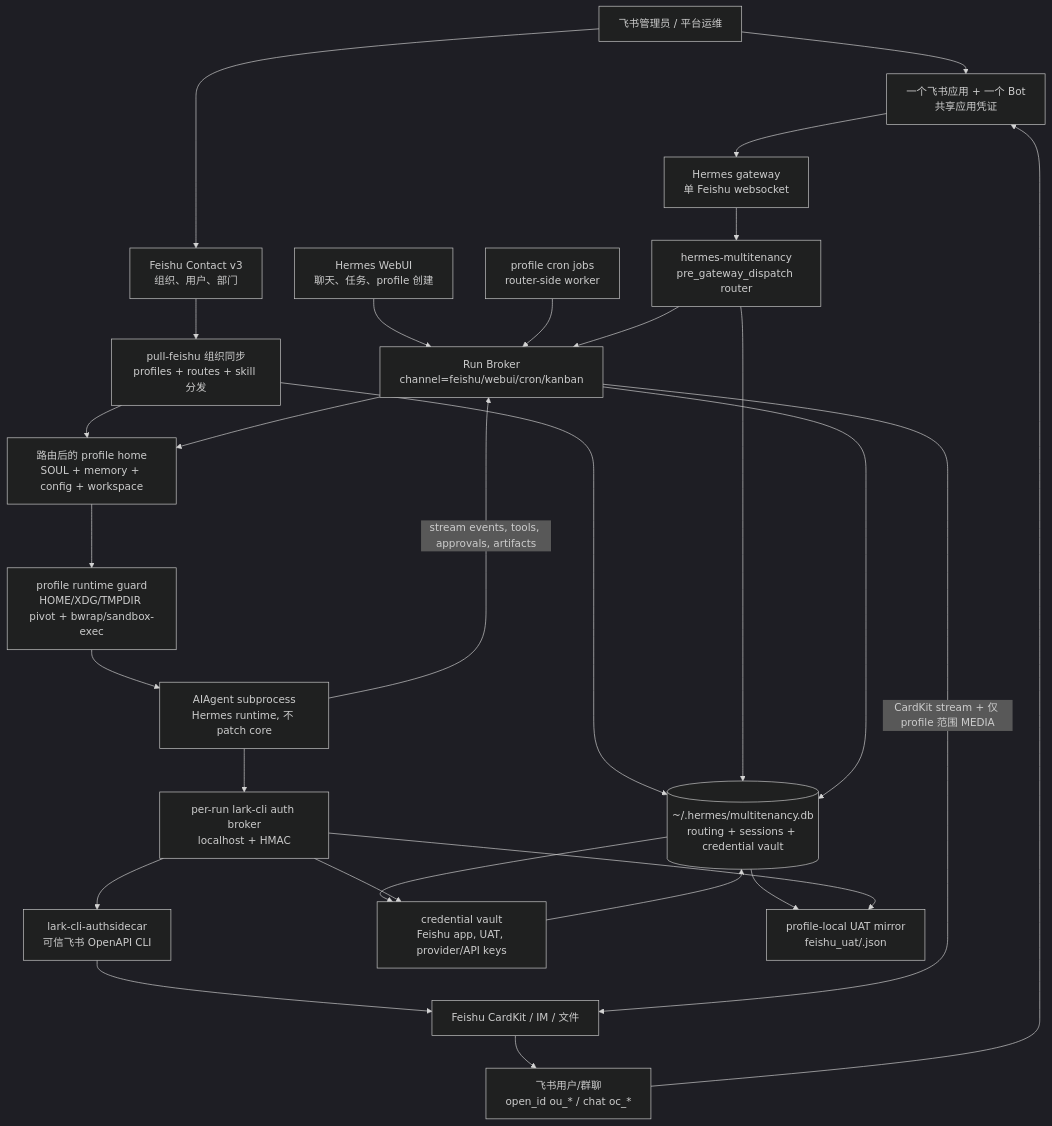
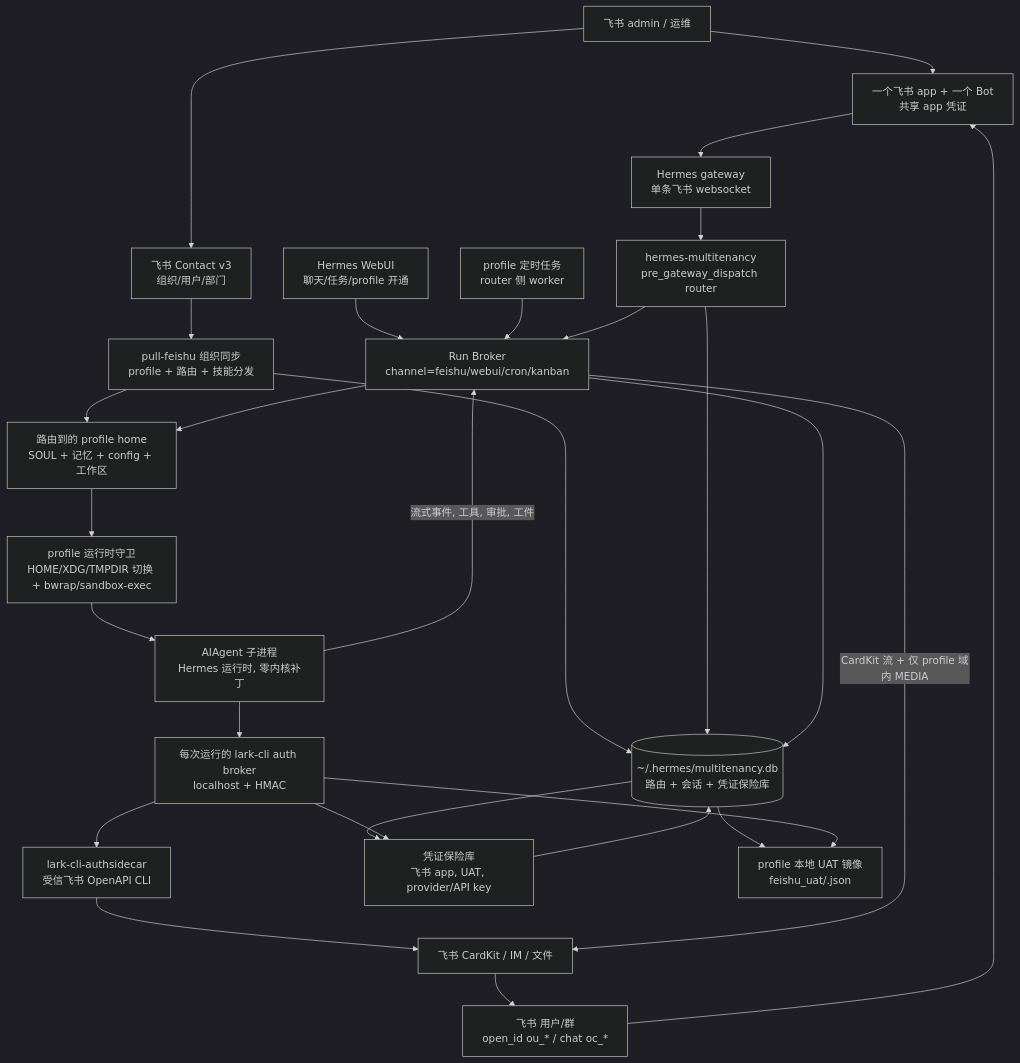
Before and after one commit to eggyrooch-blip/hermes-multitenancy: the diagram in README.zh-CN.md, drawn with Mermaid (dark theme). The commit also changed other lines of this file and 1 other file, not shown here.

First line of the commit message:
docs: enterprise-friendly README refresh (Hermes-agent style) + recent features

````diff
--- a/README.zh-CN.md
+++ b/README.zh-CN.md
@@ -44,42 +38,42 @@
 ```mermaid
 flowchart TB
-    admin["飞书管理员 / 平台运维"]
-    app["一个飞书应用 + 一个 Bot\n共享应用凭证"]
-    contact["Feishu Contact v3\n组织、用户、部门"]
-    sync["pull-feishu 组织同步\nprofiles + routes + skill 分发"]
-    db[("~/.hermes/multitenancy.db\nrouting + sessions + credential vault")]
-    webui["Hermes WebUI\n聊天、任务、profile 创建"]
-    cron["profile cron jobs\nrouter-side worker"]
-    user["飞书用户/群聊\nopen_id ou_* / chat oc_*"]
-    gateway["Hermes gateway\n单 Feishu websocket"]
+    admin["飞书 admin / 运维"]
+    app["一个飞书 app + 一个 Bot\n共享 app 凭证"]
+    contact["飞书 Contact v3\n组织/用户/部门"]
+    sync["pull-feishu 组织同步\nprofile + 路由 + 技能分发"]
+    db[("~/.hermes/multitenancy.db\n路由 + 会话 + 凭证保险库")]
+    webui["Hermes WebUI\n聊天/任务/profile 开通"]
+    cron["profile 定时任务\nrouter 侧 worker"]
+    user["飞书 用户/群\nopen_id ou_* / chat oc_*"]
+    gateway["Hermes gateway\n单条飞书 websocket"]
     router["hermes-multitenancy\npre_gateway_dispatch router"]
     broker["Run Broker\nchannel=feishu/webui/cron/kanban"]
-    profile["路由后的 profile home\nSOUL + memory + config + workspace"]
-    sandbox["profile runtime guard\nHOME/XDG/TMPDIR pivot + bwrap/sandbox-exec"]
-    aiagent["AIAgent subprocess\nHermes runtime, 不 patch core"]
-    larkbroker["per-run lark-cli auth broker\nlocalhost + HMAC"]
-    larkcli["lark-cli-authsidecar\n可信飞书 OpenAPI CLI"]
-    vault["credential vault\nFeishu app, UAT, provider/API keys"]
-    uat["profile-local UAT mirror\nfeishu_uat/<open_id>.json"]
-    card["Feishu CardKit / IM / 文件"]
+    profile["路由到的 profile home\nSOUL + 记忆 + config + 工作区"]
+    sandbox["profile 运行时守卫\nHOME/XDG/TMPDIR 切换 + bwrap/sandbox-exec"]
+    aiagent["AIAgent 子进程\nHermes 运行时, 零内核补丁"]
+    larkbroker["每次运行的 lark-cli auth broker\nlocalhost + HMAC"]
+    larkcli["lark-cli-authsidecar\n受信飞书 OpenAPI CLI"]
+    vault["凭证保险库\n飞书 app, UAT, provider/API key"]
+    uat["profile 本地 UAT 镜像\nfeishu_uat/<open_id>.json"]
+    card["飞书 CardKit / IM / 文件"]
 
     admin --> app
     admin --> contact --> sync --> db
     sync --> profile
     user --> app --> gateway --> router
     webui --> broker
     cron --> broker
     router --> db
     router --> broker
     broker --> db
     broker --> profile --> sandbox --> aiagent
     vault --> db
     db --> vault
     db --> uat
     aiagent --> larkbroker --> larkcli --> card
     larkbroker --> vault
     larkbroker --> uat
-    aiagent -->|stream events, tools, approvals, artifacts| broker
-    broker -->|CardKit stream + 仅 profile 范围 MEDIA| card
+    aiagent -->|流式事件, 工具, 审批, 工件| broker
+    broker -->|CardKit 流 + 仅 profile 域内 MEDIA| card
     card --> user
 ```
````
